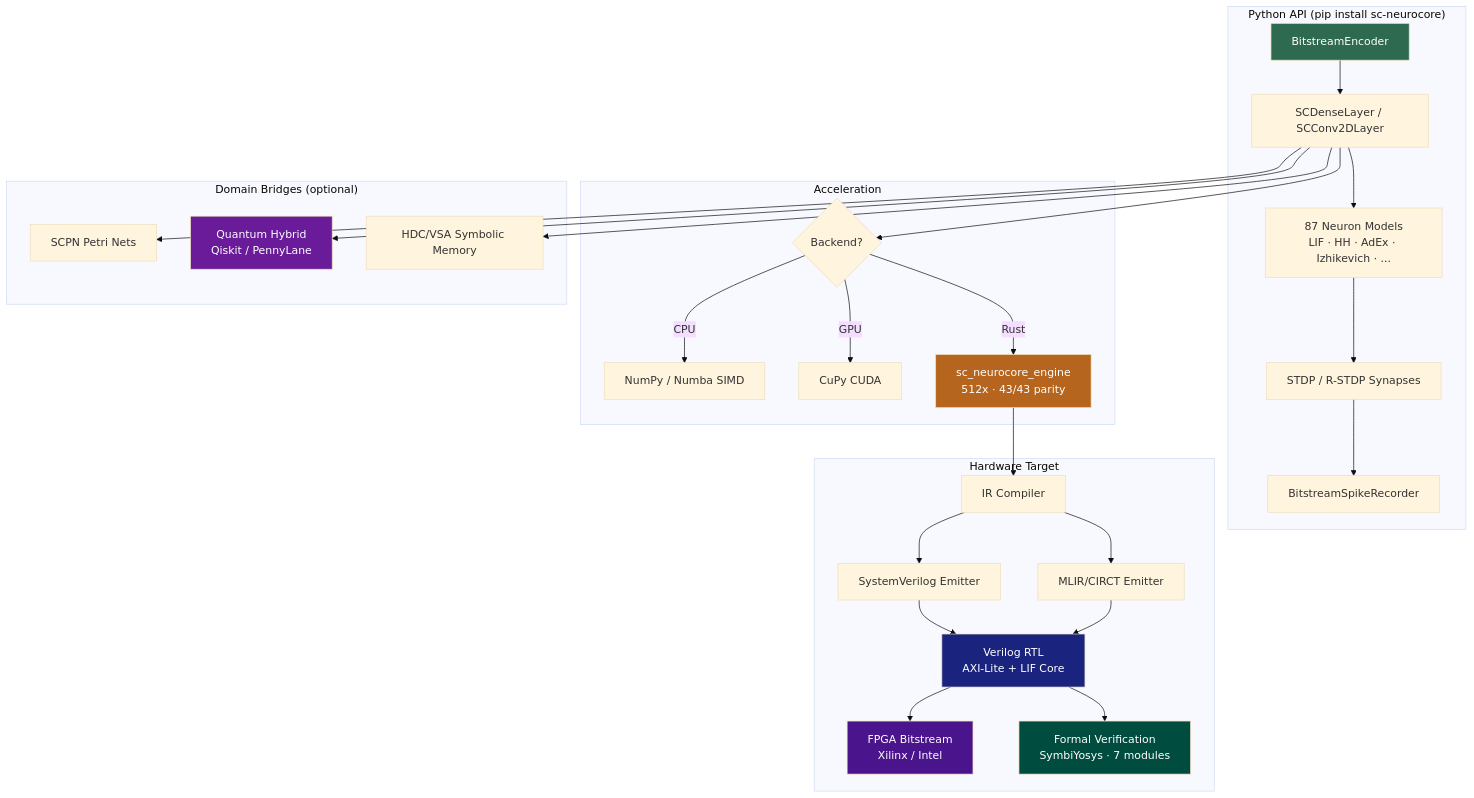
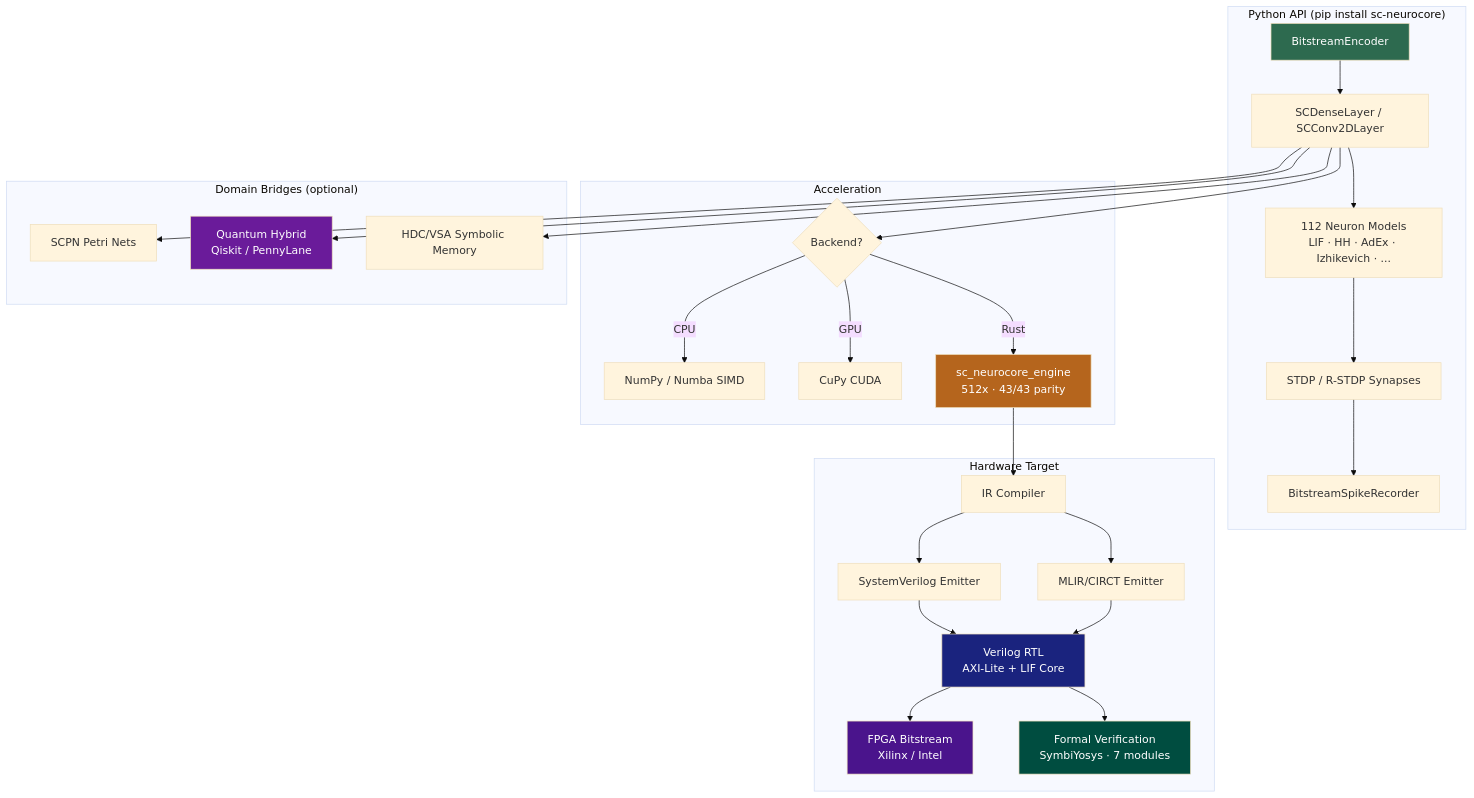
The diagram in README.md (anulum/sc-neurocore), drawn with Mermaid (base theme) before and after one commit. The commit also changed other lines of this file and 29 other files, not shown here.

First line of the commit message:
feat: 112 neuron models — every published model implemented

````diff
--- a/README.md
+++ b/README.md
@@ -145,39 +145,39 @@
 ```mermaid
 graph TD
     subgraph "Python API (pip install sc-neurocore)"
         A[BitstreamEncoder] --> B[SCDenseLayer / SCConv2DLayer]
-        B --> C[87 Neuron Models<br/>LIF · HH · AdEx · Izhikevich · ...]
+        B --> C[112 Neuron Models<br/>LIF · HH · AdEx · Izhikevich · ...]
         C --> D[STDP / R-STDP Synapses]
         D --> E[BitstreamSpikeRecorder]
     end
 
     subgraph "Acceleration"
         B --> F{Backend?}
         F -->|CPU| G[NumPy / Numba SIMD]
         F -->|GPU| H[CuPy CUDA]
         F -->|Rust| I[sc_neurocore_engine<br/>512x · 43/43 parity]
     end
 
     subgraph "Hardware Target"
         I --> J[IR Compiler]
         J --> K[SystemVerilog Emitter]
         J --> K2[MLIR/CIRCT Emitter]
         K --> L[Verilog RTL<br/>AXI-Lite + LIF Core]
         K2 --> L
         L --> M[FPGA Bitstream<br/>Xilinx / Intel]
         L --> V[Formal Verification<br/>SymbiYosys · 7 modules]
     end
 
     subgraph "Domain Bridges (optional)"
         B --> N[SCPN Petri Nets]
         B --> O[Quantum Hybrid<br/>Qiskit / PennyLane]
         B --> P[HDC/VSA Symbolic Memory]
     end
 
     style A fill:#2d6a4f,color:#fff
     style I fill:#b5651d,color:#fff
     style L fill:#1a237e,color:#fff
     style M fill:#4a148c,color:#fff
     style O fill:#6a1b9a,color:#fff
     style V fill:#004d40,color:#fff
 ```
````
